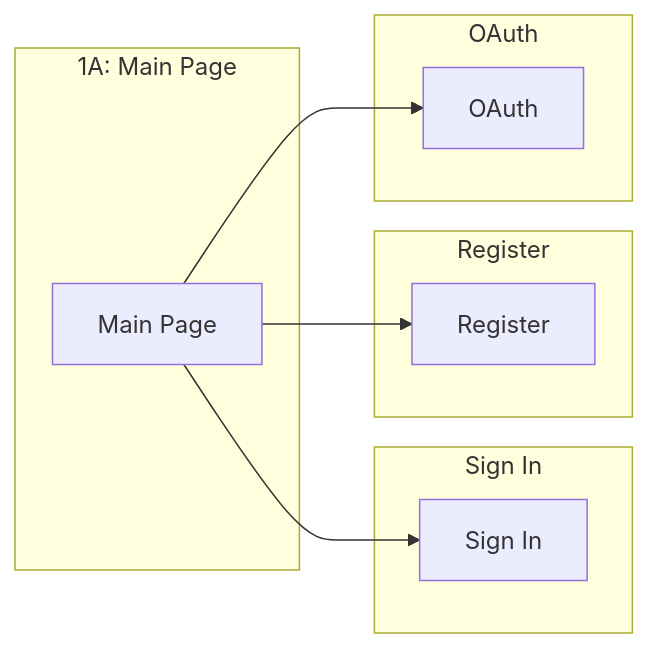
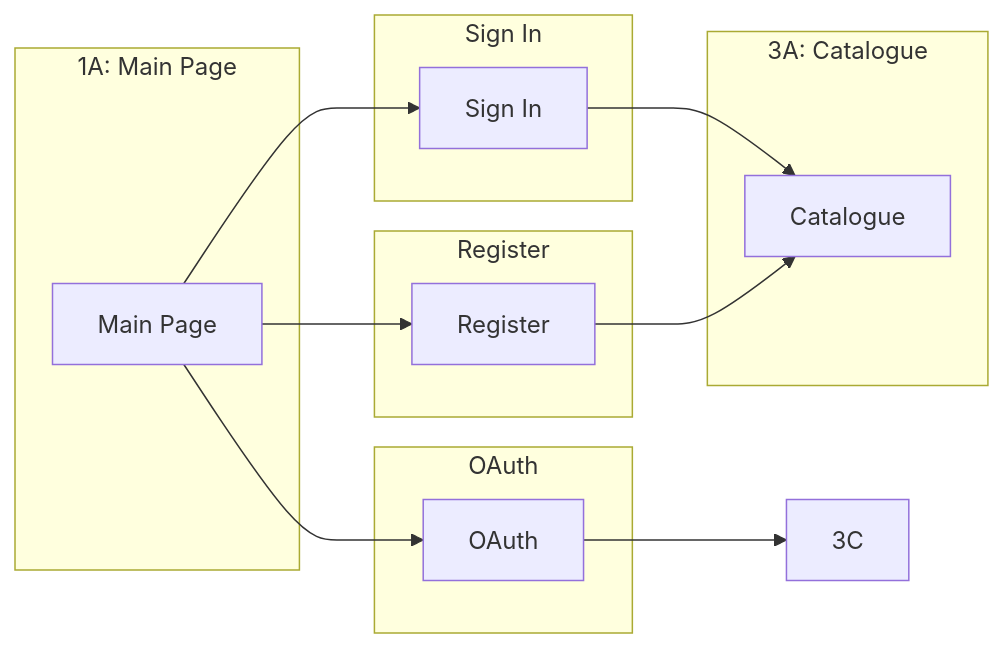
Before and after one commit to siddh-kivtechs/kivtechs_schema: the diagram in readme.md, drawn with Mermaid. The commit also changed other lines of this file, not shown here.

````diff
--- a/readme.md
+++ b/readme.md
@@ -4,21 +4,27 @@
 ```mermaid
 graph LR
  subgraph 1A: Main Page
         1A["Main Page"]
     end
     subgraph Sign In
         2A[Sign In]
     end
     subgraph Register
         2B[Register]
     end
     subgraph OAuth
         2C[OAuth]
     end
+  subgraph 3A: Catalogue
+        3A["Catalogue"]
+    end
 
     1A --> 2A
     1A --> 2B
     1A --> 2C
+    2A --> 3A
+    2B --> 3A
+    2C --> 3C
    
 
 ```
````
